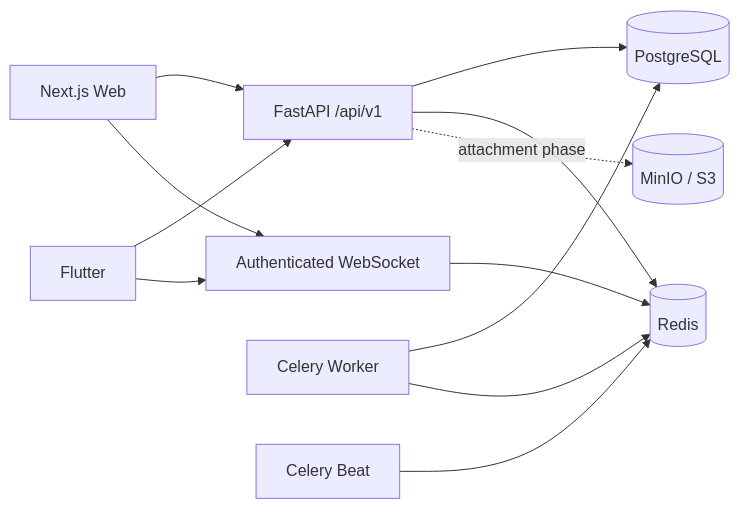
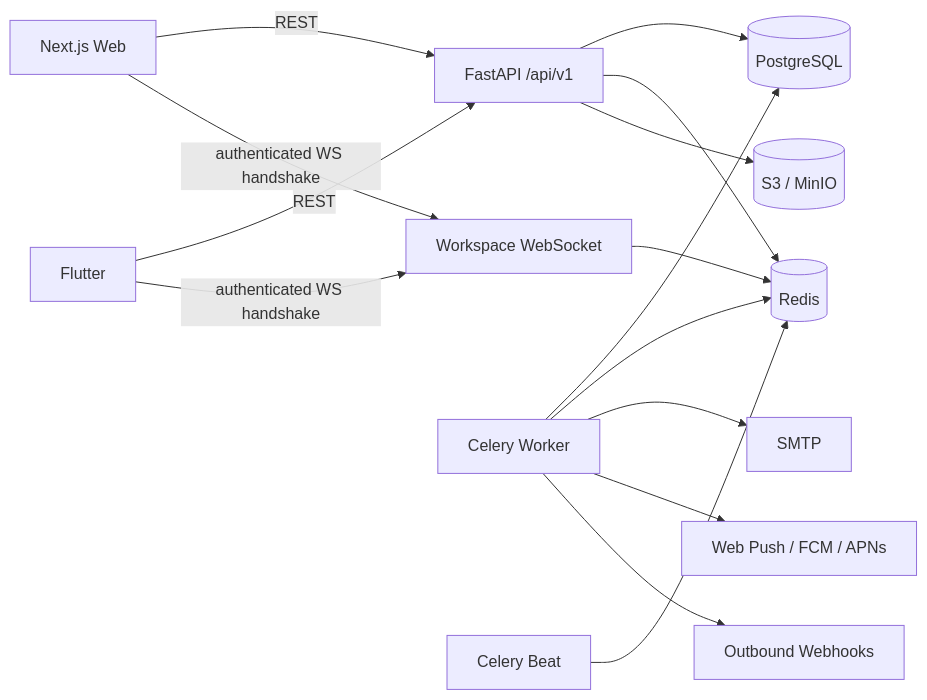
Before and after one commit to The-Null-Catchers/TaskPilot: the diagram in README.md, drawn with Mermaid. The commit also changed other lines of this file and 3 other files, not shown here.

````diff
--- a/README.md
+++ b/README.md
@@ -22,14 +80,19 @@
 ```mermaid
 flowchart LR
-  Web[Next.js Web] --> API[FastAPI /api/v1]
-  Mobile[Flutter] --> API
-  Web --> WS[Authenticated WebSocket]
-  Mobile --> WS
+  Web[Next.js Web] -->|REST| API[FastAPI /api/v1]
+  Mobile[Flutter] -->|REST| API
+  Web -->|authenticated WS handshake| Realtime[Workspace WebSocket]
+  Mobile -->|authenticated WS handshake| Realtime
+
   API --> DB[(PostgreSQL)]
   API --> Redis[(Redis)]
-  WS --> Redis
+  API --> Storage[(S3 / MinIO)]
+  Realtime --> Redis
+
   Worker[Celery Worker] --> DB
   Worker --> Redis
+  Worker --> SMTP[SMTP]
+  Worker --> Push[Web Push / FCM / APNs]
+  Worker --> Webhooks[Outbound Webhooks]
   Beat[Celery Beat] --> Redis
-  API -. attachment phase .-> Storage[(MinIO / S3)]
 ```
````
